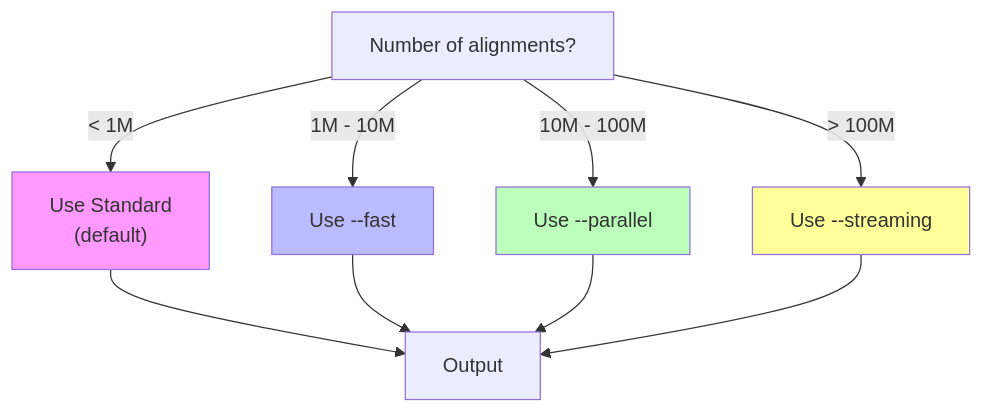
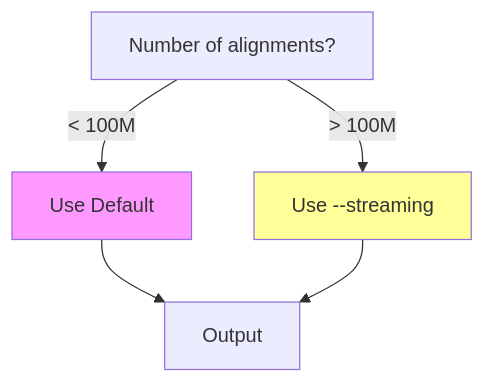
Diagram 12 of 21 in docs/ARCHITECTURE.md (FOI-Bioinformatics/metadarkmatter), drawn with Mermaid before and after one commit. The commit also changed other lines of this file and 19 other files, not shown here.

````diff
--- a/docs/ARCHITECTURE.md
+++ b/docs/ARCHITECTURE.md
@@ -470,19 +432,13 @@
 ```mermaid
 flowchart TD
     START["Number of alignments?"]
 
-    START --> |"< 1M"| STD["Use Standard<br/>(default)"]
-    START --> |"1M - 10M"| FAST["Use --fast"]
-    START --> |"10M - 100M"| PAR["Use --parallel"]
+    START --> |"< 100M"| DEFAULT["Use Default"]
     START --> |"> 100M"| STREAM["Use --streaming"]
 
-    STD --> OUTPUT["Output"]
-    FAST --> OUTPUT
-    PAR --> OUTPUT
+    DEFAULT --> OUTPUT["Output"]
     STREAM --> OUTPUT
 
-    style STD fill:#f9f
-    style FAST fill:#bbf
-    style PAR fill:#bfb
+    style DEFAULT fill:#f9f
     style STREAM fill:#ff9
 ```
````
